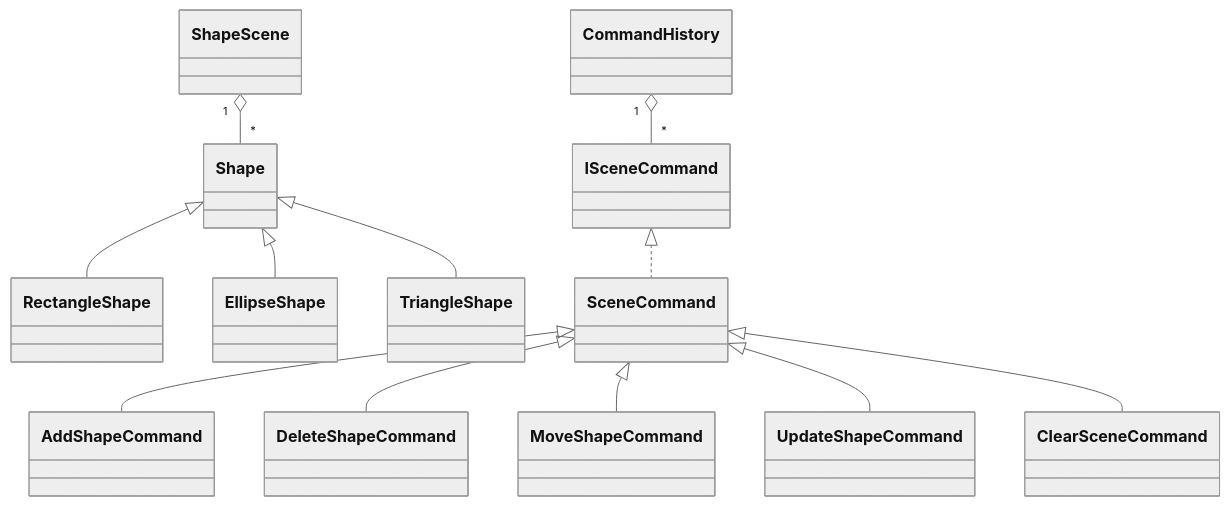
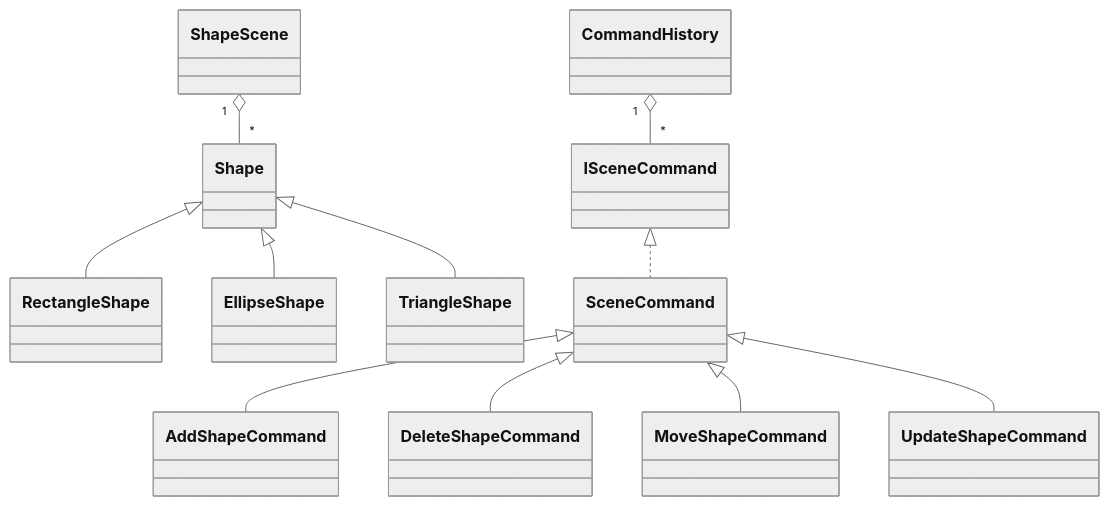
Before and after one commit to angelnenov7/OOP_course_work: the diagram in CourseWorkDescription.md, drawn with Mermaid (neutral theme). The commit also changed other lines of this file and 81 other files, not shown here.

````diff
--- a/CourseWorkDescription.md
+++ b/CourseWorkDescription.md
@@ -19,14 +19,13 @@
 ```mermaid
 classDiagram
     Shape <|-- RectangleShape
     Shape <|-- EllipseShape
     Shape <|-- TriangleShape
     ISceneCommand <|.. SceneCommand
     SceneCommand <|-- AddShapeCommand
     SceneCommand <|-- DeleteShapeCommand
     SceneCommand <|-- MoveShapeCommand
     SceneCommand <|-- UpdateShapeCommand
-    SceneCommand <|-- ClearSceneCommand
     ShapeScene "1" o-- "*" Shape
     CommandHistory "1" o-- "*" ISceneCommand
 ```
````
